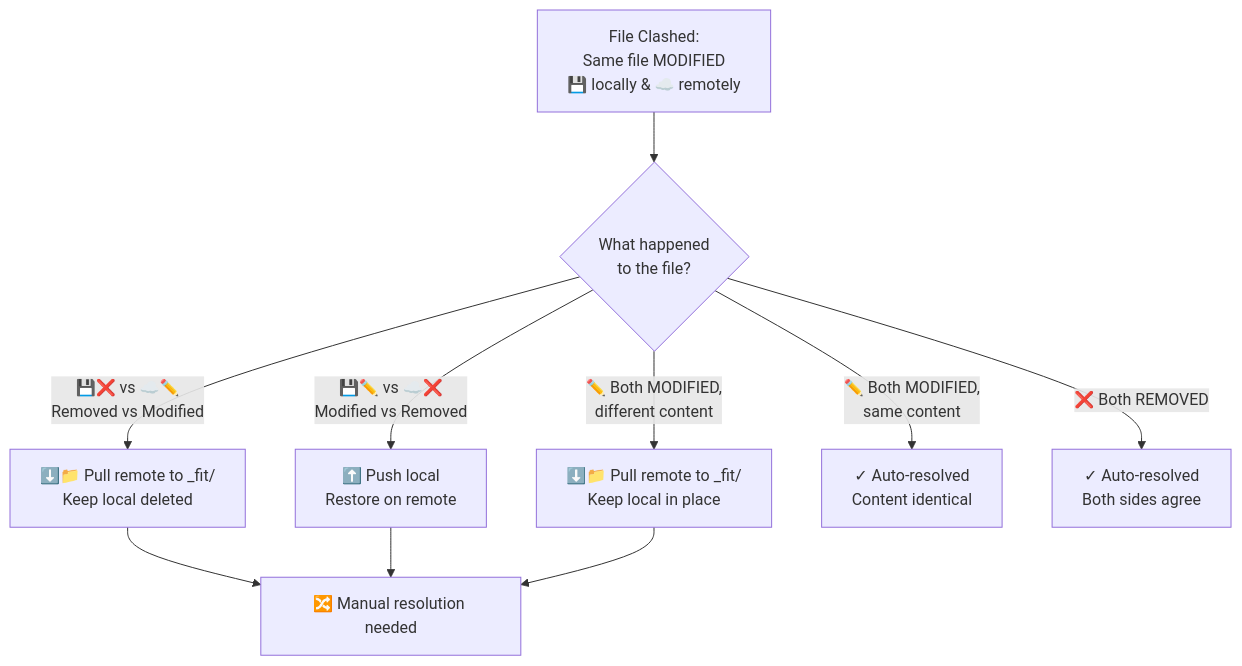
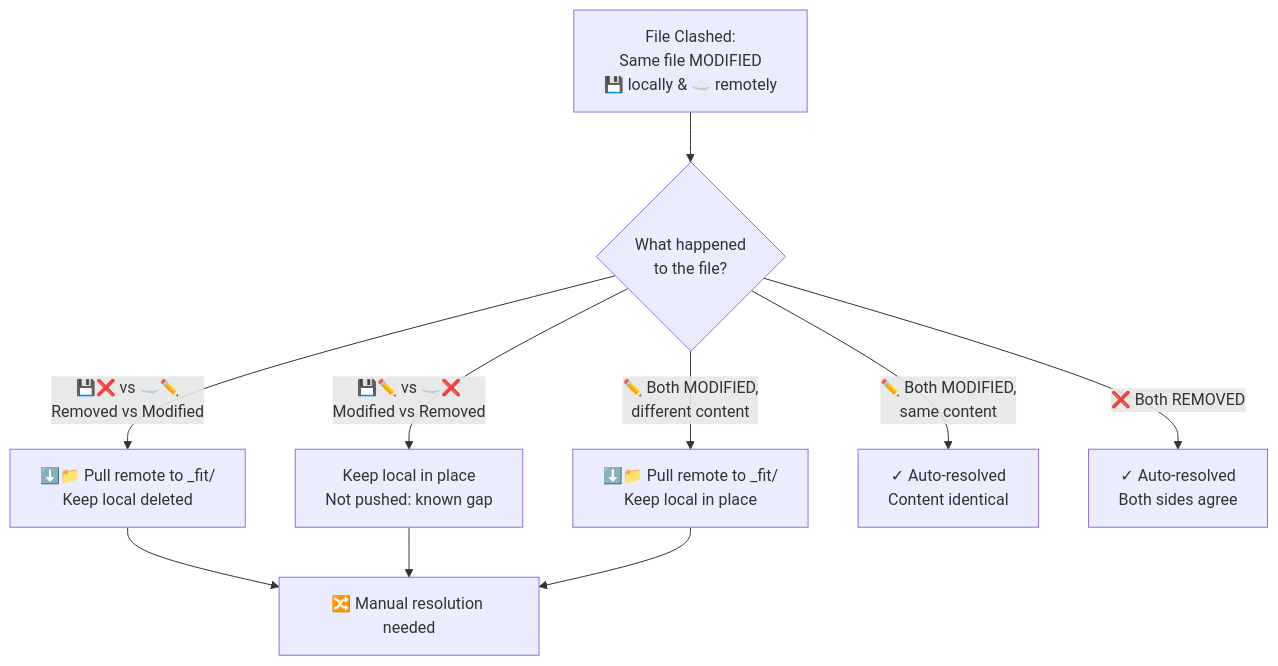
One commit to joshuakto/fit changed the sixth of 7 diagrams in docs/sync-logic.md. Above: the diagram before and after it, drawn with Mermaid. The commit also changed other lines of this file and 12 other files, not shown here.

````diff
--- a/docs/sync-logic.md
+++ b/docs/sync-logic.md
@@ -694,15 +673,15 @@
 ```mermaid
 flowchart TD
     Start[File Clashed:<br/>Same file MODIFIED<br/>💾 locally & ☁️ remotely] --> CheckScenario{What happened<br/>to the file?}
 
     CheckScenario -->|✏️ Both MODIFIED,<br/>different content| SaveBoth[⬇️📁 Pull remote to _fit/<br/>Keep local in place]
     CheckScenario -->|💾❌ vs ☁️✏️<br/>Removed vs Modified| SaveRemote[⬇️📁 Pull remote to _fit/<br/>Keep local deleted]
-    CheckScenario -->|💾✏️ vs ☁️❌<br/>Modified vs Removed| KeepLocal[⬆️ Push local<br/>Restore on remote]
+    CheckScenario -->|💾✏️ vs ☁️❌<br/>Modified vs Removed| KeepLocal[Keep local in place<br/>Not pushed: known gap]
 
     CheckScenario -->|✏️ Both MODIFIED,<br/>same content| AutoResolve2[✓ Auto-resolved<br/>Content identical]
     CheckScenario -->|❌ Both REMOVED| AutoResolve1[✓ Auto-resolved<br/>Both sides agree]
 
     SaveRemote --> Manual[🔀 Manual resolution needed]
     KeepLocal --> Manual
     SaveBoth --> Manual
 ```
````
